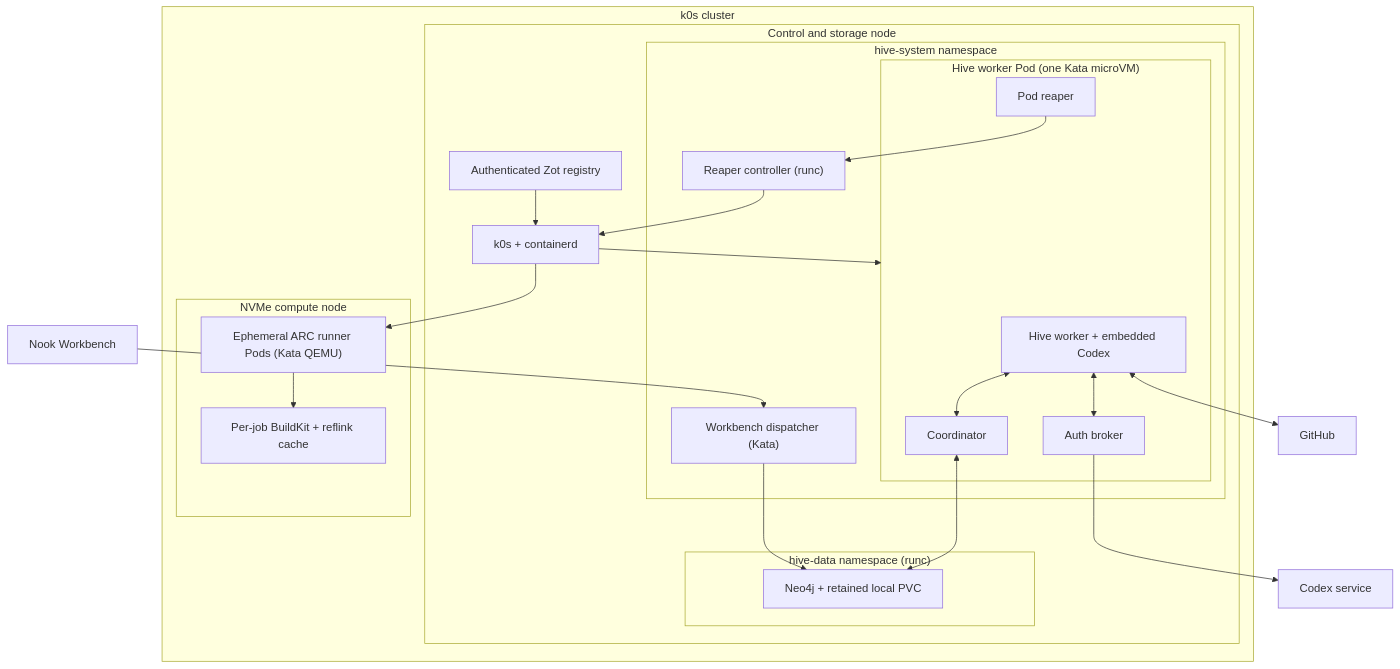
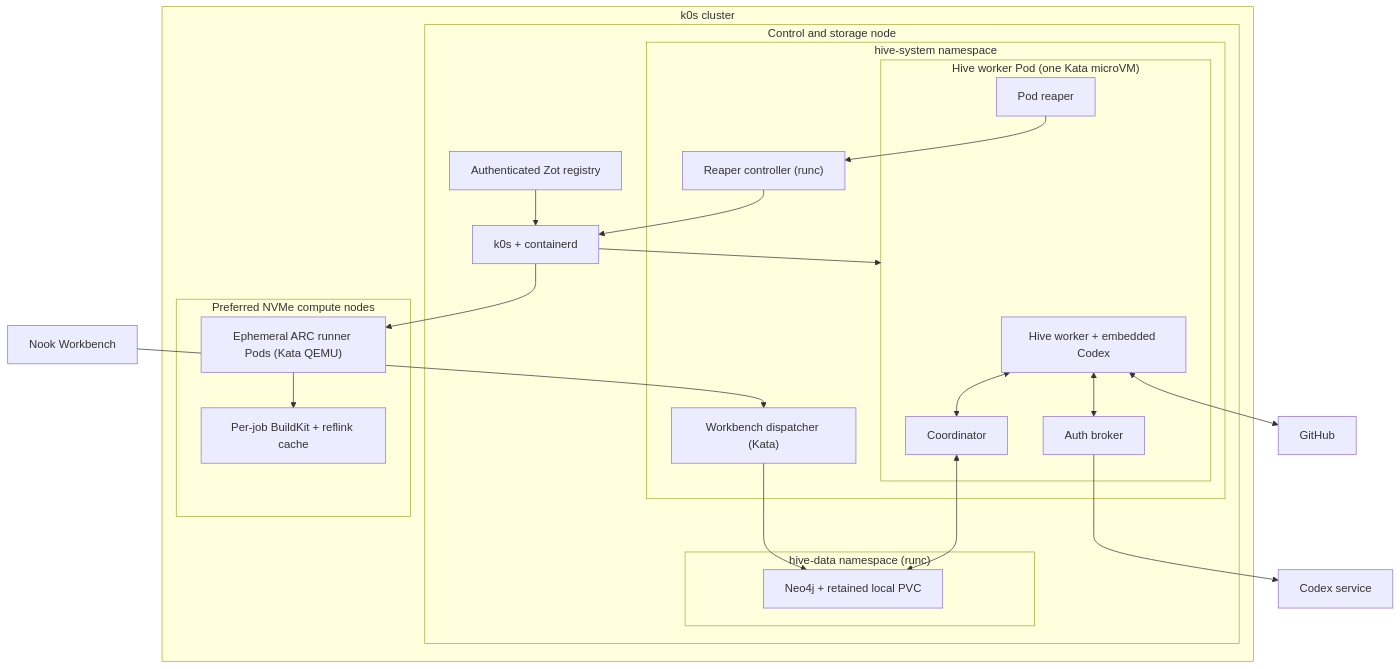
One commit to meta-secret/nook changed the first of 4 diagrams in .cortex/design-docs/hive-isolated-agent-platform.md. Above: the diagram before and after it, drawn with Mermaid. The commit also changed other lines of this file and 14 other files, not shown here.

````diff
--- a/.cortex/design-docs/hive-isolated-agent-platform.md
+++ b/.cortex/design-docs/hive-isolated-agent-platform.md
@@ -51,44 +51,44 @@
 ```mermaid
 flowchart TB
   subgraph cluster["k0s cluster"]
     subgraph host["Control and storage node"]
     k0s["k0s + containerd"]
     registry["Authenticated Zot registry"]
 
     subgraph data["hive-data namespace (runc)"]
       neo4j["Neo4j + retained local PVC"]
     end
 
     subgraph system["hive-system namespace"]
       dispatcher["Workbench dispatcher (Kata)"]
 
       subgraph pod["Hive worker Pod (one Kata microVM)"]
         worker["Hive worker + embedded Codex"]
         coordinator["Coordinator"]
         auth["Auth broker"]
         reaper["Pod reaper"]
       end
       reaper_controller["Reaper controller (runc)"]
     end
     end
 
-    subgraph compute["NVMe compute node"]
+    subgraph compute["Preferred NVMe compute nodes"]
       arc["Ephemeral ARC runner Pods (Kata QEMU)"]
       buildkit["Per-job BuildKit + reflink cache"]
     end
   end
 
   workbench["Nook Workbench"] --> dispatcher
   dispatcher --> neo4j
   worker <--> coordinator
   coordinator <--> neo4j
   worker <--> auth
   worker <--> github["GitHub"]
   auth --> codex_api["Codex service"]
   reaper --> reaper_controller
   reaper_controller --> k0s
   k0s --> pod
   k0s --> arc
   arc --> buildkit
   registry --> k0s
 ```
````
